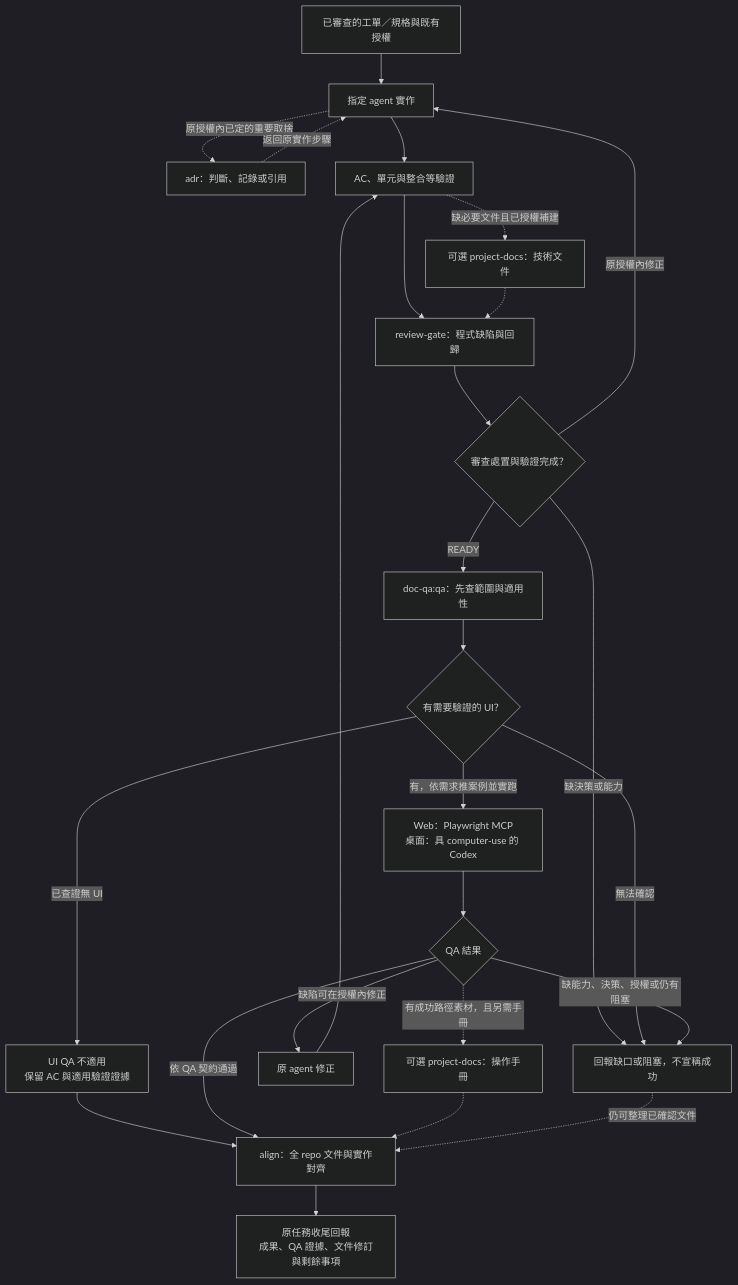
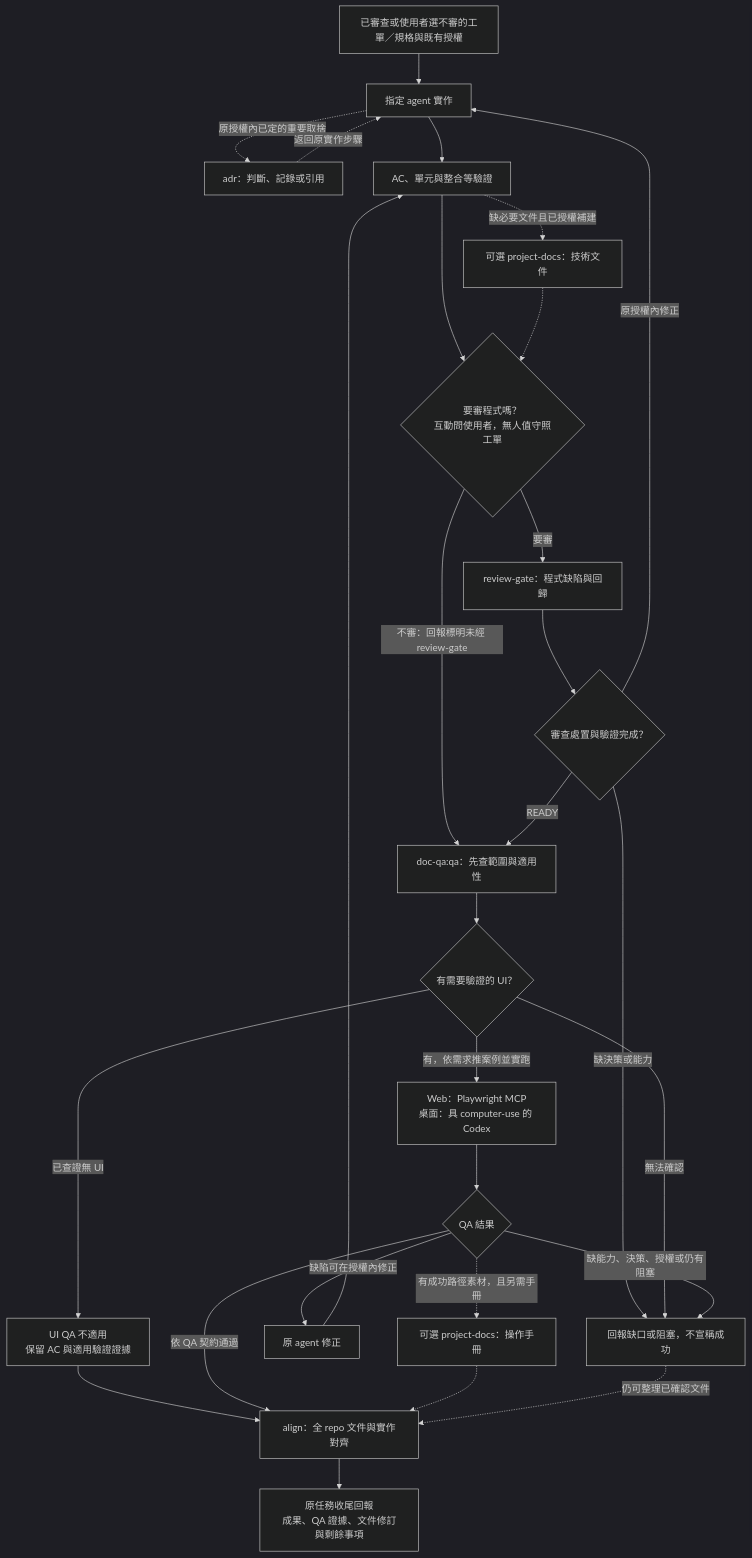
One commit to KerberosClaw/kc_ai_skills changed the second of 2 diagrams in workflow-router/docs/workflow.md. Above: the diagram before and after it, drawn with Mermaid (dark theme). The commit also changed other lines of this file and 8 other files, not shown here.

First line of the commit message:
feat: review-gate 審不審、審幾輪改由 user 決定（spec／router／prd-create／review-gate） (#54)

````diff
--- a/workflow-router/docs/workflow.md
+++ b/workflow-router/docs/workflow.md
@@ -45,29 +47,31 @@
 ```mermaid
 flowchart TD
-    E["已審查的工單／規格與既有授權"] --> I["指定 agent 實作"]
+    E["已審查或使用者選不審的工單／規格與既有授權"] --> I["指定 agent 實作"]
     I -.->|原授權內已定的重要取捨| AD["adr：判斷、記錄或引用"]
     AD -.->|返回原實作步驟| I
     I --> V["AC、單元與整合等驗證"]
-    V --> CR["review-gate：程式缺陷與回歸"]
+    V --> ASK2{"要審程式嗎？<br/>互動問使用者，無人值守照工單"}
+    ASK2 -->|要審| CR["review-gate：程式缺陷與回歸"]
+    ASK2 -->|不審：回報標明未經 review-gate| Q
     CR --> RD{"審查處置與驗證完成？"}
     RD -->|原授權內修正| I
     RD -->|缺決策或能力| X["回報缺口或阻塞，不宣稱成功"]
     RD -->|READY| Q["doc-qa:qa：先查範圍與適用性"]
     V -.->|缺必要文件且已授權補建| PD1["可選 project-docs：技術文件"]
-    PD1 -.-> CR
+    PD1 -.-> ASK2
 
     Q --> U{"有需要驗證的 UI？"}
     U -->|有，依需求推案例並實跑| DR["Web：Playwright MCP<br/>桌面：具 computer-use 的 Codex"]
     U -->|已查證無 UI| N["UI QA 不適用<br/>保留 AC 與適用驗證證據"]
     N --> A["align：全 repo 文件與實作對齊"]
     U -->|無法確認| X
     DR --> O{"QA 結果"}
     O -->|缺陷可在授權內修正| F["原 agent 修正"]
     F --> V
     O -->|依 QA 契約通過| A
     O -->|缺能力、決策、授權或仍有阻塞| X
     O -.->|有成功路徑素材，且另需手冊| PD2["可選 project-docs：操作手冊"]
     PD2 -.-> A
     X -.->|仍可整理已確認文件| A
     A --> Z["原任務收尾回報<br/>成果、QA 證據、文件修訂與剩餘事項"]
 ```
````
